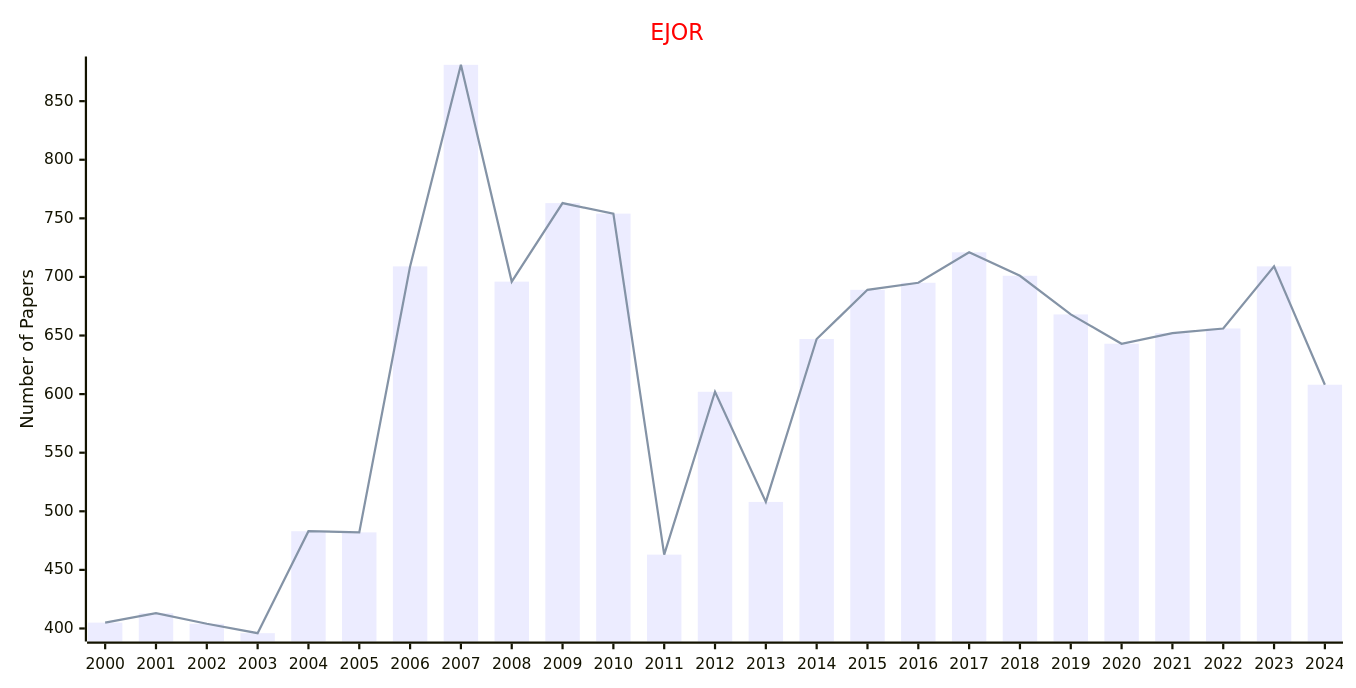
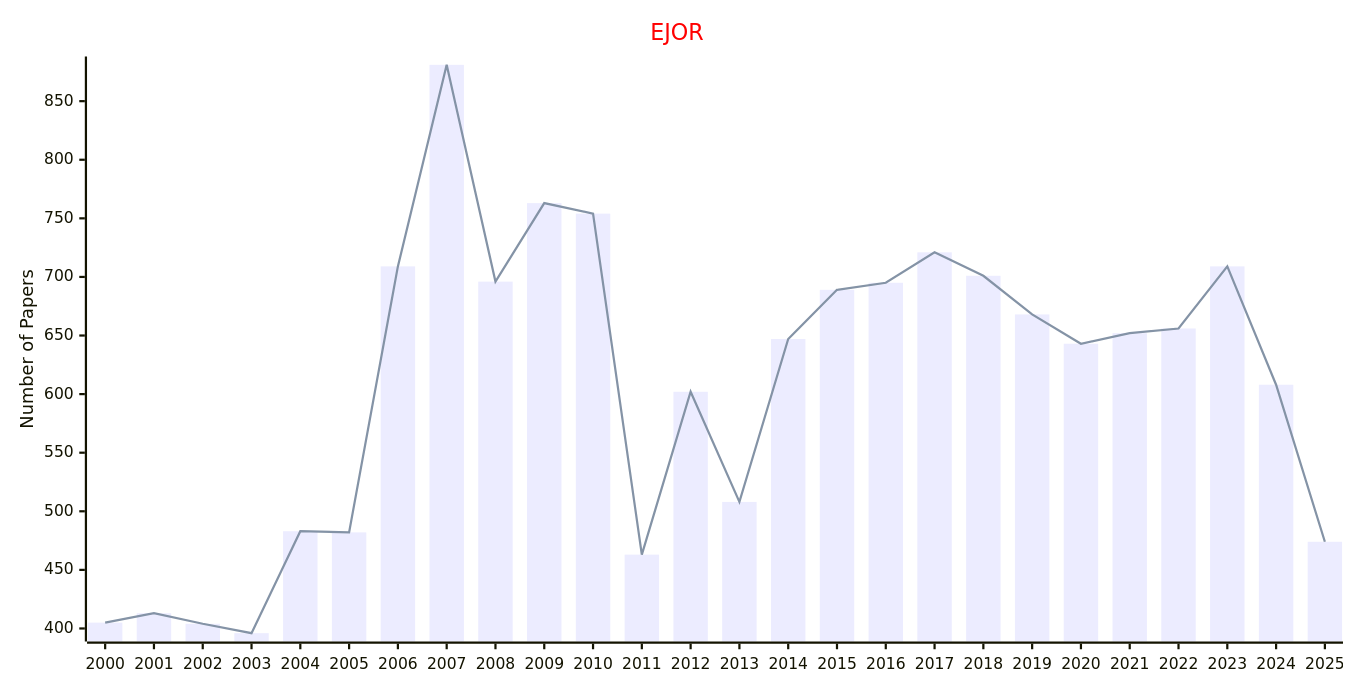
Before and after one commit to Easy-PhD/AILinks: the second of 9 diagrams in docs/data/Journals/Statistics_Journals/Operations_and_Management.md, drawn with Mermaid. The commit also changed other lines of this file and 107 other files, not shown here.

````diff
--- a/docs/data/Journals/Statistics_Journals/Operations_and_Management.md
+++ b/docs/data/Journals/Statistics_Journals/Operations_and_Management.md
@@ -33,17 +33,17 @@
 ```mermaid
 ---
 config:
     xyChart:
         width: 1200
         height: 600
     themeVariables:
         xyChart:
             titleColor: "#ff0000"
 ---
 xychart-beta
     title "EJOR"
-    x-axis [2000, 2001, 2002, 2003, 2004, 2005, 2006, 2007, 2008, 2009, 2010, 2011, 2012, 2013, 2014, 2015, 2016, 2017, 2018, 2019, 2020, 2021, 2022, 2023, 2024]
+    x-axis [2000, 2001, 2002, 2003, 2004, 2005, 2006, 2007, 2008, 2009, 2010, 2011, 2012, 2013, 2014, 2015, 2016, 2017, 2018, 2019, 2020, 2021, 2022, 2023, 2024, 2025]
     y-axis "Number of Papers"
-    bar [405, 413, 404, 396, 483, 482, 709, 881, 696, 763, 754, 463, 602, 508, 647, 689, 695, 721, 701, 668, 643, 652, 656, 709, 608]
-    line [405, 413, 404, 396, 483, 482, 709, 881, 696, 763, 754, 463, 602, 508, 647, 689, 695, 721, 701, 668, 643, 652, 656, 709, 608]
+    bar [405, 413, 404, 396, 483, 482, 709, 881, 696, 763, 754, 463, 602, 508, 647, 689, 695, 721, 701, 668, 643, 652, 656, 709, 608, 474]
+    line [405, 413, 404, 396, 483, 482, 709, 881, 696, 763, 754, 463, 602, 508, 647, 689, 695, 721, 701, 668, 643, 652, 656, 709, 608, 474]
 ```
````
